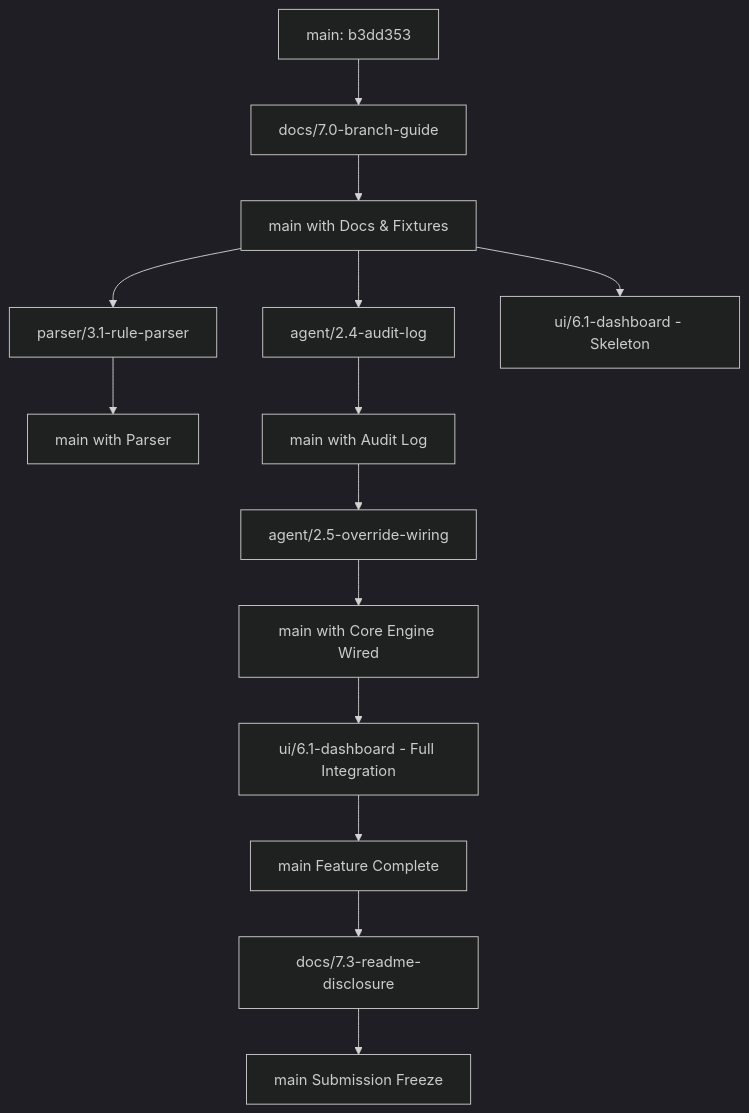
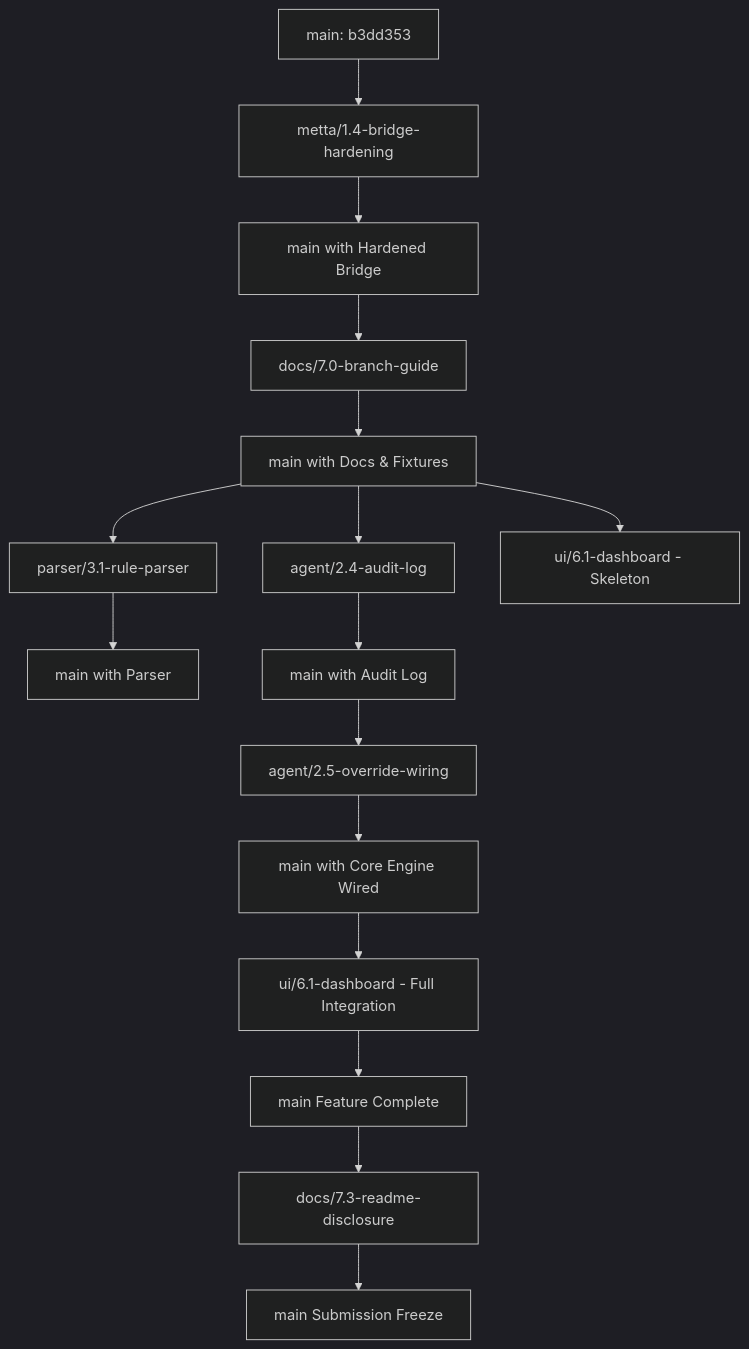
The diagram in docs/BRANCHES.md (Giridharan2029/fractional-approval-agent), drawn with Mermaid (dark theme) before and after one commit. The commit also changed other lines of this file and 6 other files, not shown here.

Commit message:
docs(guide): standardize reason codes and add metta/1.4 to branch merge order [7.0-branch-guide]

````diff
--- a/docs/BRANCHES.md
+++ b/docs/BRANCHES.md
@@ -134,21 +145,23 @@
 ```mermaid
 graph TD
-    M1[main: b3dd353] --> B1[docs/7.0-branch-guide]
-    B1 --> M2[main with Docs & Fixtures]
+    M1[main: b3dd353] --> H1[metta/1.4-bridge-hardening]
+    H1 --> M2[main with Hardened Bridge]
+    M2 --> B1[docs/7.0-branch-guide]
+    B1 --> M3[main with Docs & Fixtures]
 
-    M2 --> P1[parser/3.1-rule-parser]
-    M2 --> A1[agent/2.4-audit-log]
-    M2 --> U1[ui/6.1-dashboard - Skeleton]
+    M3 --> P1[parser/3.1-rule-parser]
+    M3 --> A1[agent/2.4-audit-log]
+    M3 --> U1[ui/6.1-dashboard - Skeleton]
 
-    P1 --> M3[main with Parser]
-    A1 --> M4[main with Audit Log]
+    P1 --> M4[main with Parser]
+    A1 --> M5[main with Audit Log]
 
-    M4 --> O1[agent/2.5-override-wiring]
-    O1 --> M5[main with Core Engine Wired]
+    M5 --> O1[agent/2.5-override-wiring]
+    O1 --> M6[main with Core Engine Wired]
 
-    M5 --> U2[ui/6.1-dashboard - Full Integration]
-    U2 --> M6[main Feature Complete]
+    M6 --> U2[ui/6.1-dashboard - Full Integration]
+    U2 --> M7[main Feature Complete]
 
-    M6 --> D1[docs/7.3-readme-disclosure]
-    D1 --> M7[main Submission Freeze]
+    M7 --> D1[docs/7.3-readme-disclosure]
+    D1 --> M8[main Submission Freeze]
 ```
````
